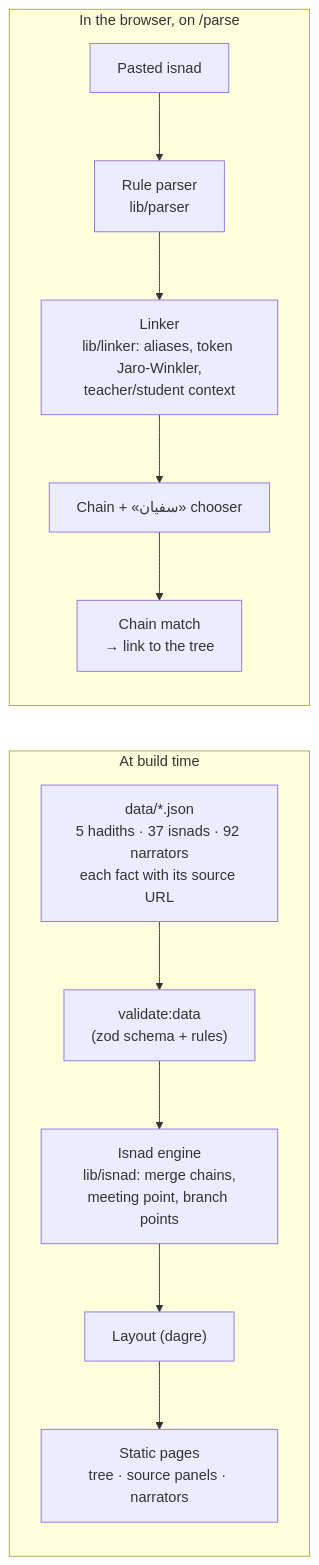
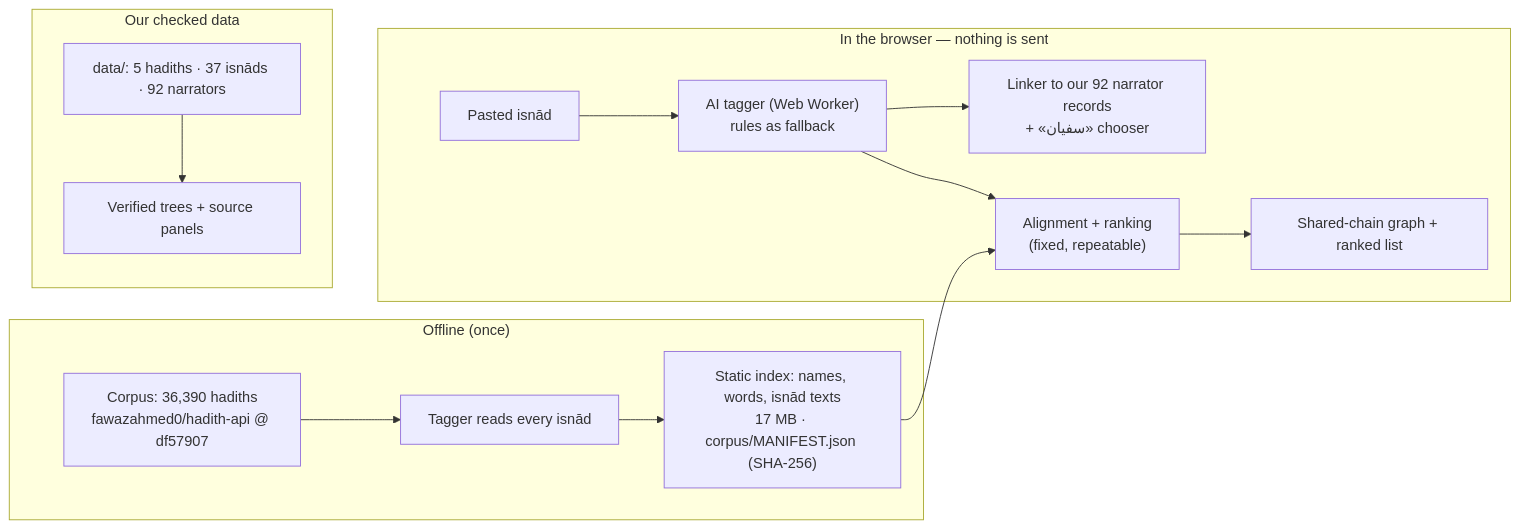
Before and after one commit to Malik-712/sanad: the diagram in README.md, drawn with Mermaid. The commit also changed other lines of this file and 4 other files, not shown here.

````diff
--- a/README.md
+++ b/README.md
@@ -51,12 +54,15 @@
 ```mermaid
 flowchart LR
-  subgraph Build["At build time"]
-    D["data/*.json<br/>5 hadiths · 37 isnads · 92 narrators<br/>each fact with its source URL"] --> V["validate:data<br/>(zod schema + rules)"]
-    V --> E["Isnad engine<br/>lib/isnad: merge chains,<br/>meeting point, branch points"]
-    E --> L["Layout (dagre)"] --> T["Static pages<br/>tree · source panels · narrators"]
+  subgraph Offline["Offline (once)"]
+    C["Corpus: 36,390 hadiths<br/>fawazahmed0/hadith-api @ df57907"] --> R1["Tagger reads every isnād"]
+    R1 --> X["Static index: names, words, isnād texts<br/>17 MB · corpus/MANIFEST.json (SHA-256)"]
   end
-  subgraph Browser["In the browser, on /parse"]
-    P["Pasted isnad"] --> R["Rule parser<br/>lib/parser"] --> K["Linker<br/>lib/linker: aliases, token Jaro-Winkler,<br/>teacher/student context"]
-    K --> C["Chain + «سفيان» chooser"] --> M["Chain match<br/>→ link to the tree"]
+  subgraph Browser["In the browser — nothing is sent"]
+    P["Pasted isnād"] --> R2["AI tagger (Web Worker)<br/>rules as fallback"] --> L["Linker to our 92 narrator records<br/>+ «سفيان» chooser"]
+    R2 --> M["Alignment + ranking<br/>(fixed, repeatable)"]
+    X --> M --> G["Shared-chain graph + ranked list"]
+  end
+  subgraph Curated["Our checked data"]
+    D["data/: 5 hadiths · 37 isnāds · 92 narrators"] --> T["Verified trees + source panels"]
   end
 ```
````
